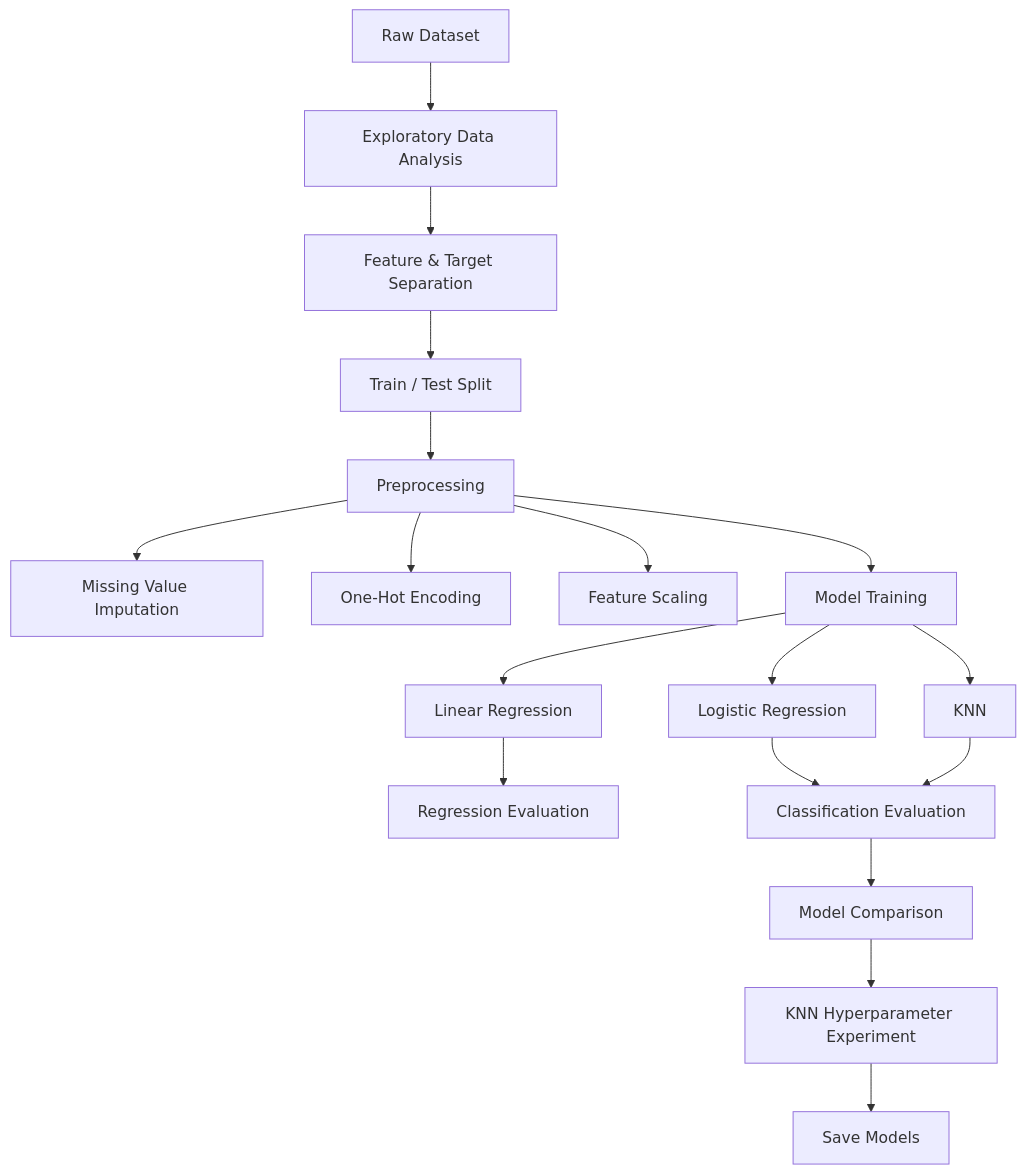
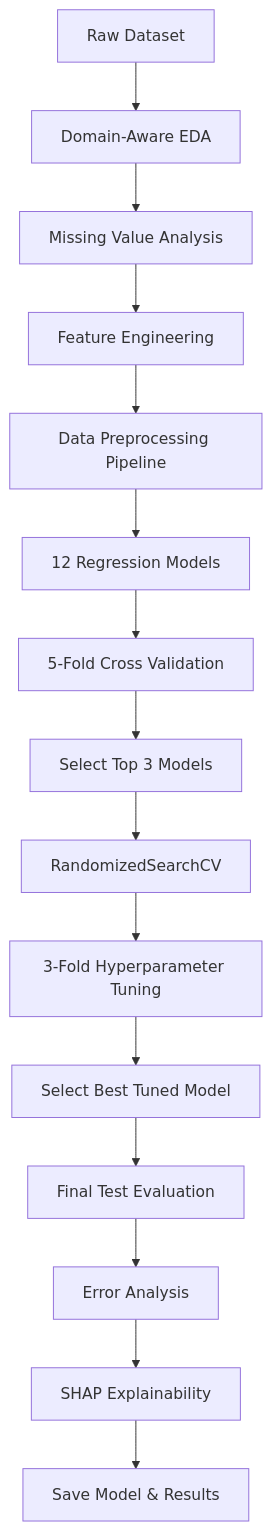
The diagram in README.md (esthermichelle/House-Price-ML), drawn with Mermaid before and after one commit. The commit also changed other lines of this file and 17 other files, not shown here.

`````diff
--- a/README.md
+++ b/README.md
@@ -50,26 +123,18 @@
 ```mermaid
 flowchart TD
-    A[Raw Dataset] --> B[Exploratory Data Analysis]
-    B --> C[Feature & Target Separation]
-    C --> D[Train / Test Split]
 
-    D --> E[Preprocessing]
-
-    E --> E1[Missing Value Imputation]
-    E --> E2[One-Hot Encoding]
-    E --> E3[Feature Scaling]
-
-    E --> F[Model Training]
-
-    F --> G[Linear Regression]
-    F --> H[Logistic Regression]
-    F --> I[KNN]
-
-    G --> J[Regression Evaluation]
-    H --> K[Classification Evaluation]
-    I --> K
-
-    K --> L[Model Comparison]
-    L --> M[KNN Hyperparameter Experiment]
-    M --> N[Save Models]
-```
+    A[Raw Dataset] --> B[Domain-Aware EDA]
+    B --> C[Missing Value Analysis]
+    C --> D[Feature Engineering]
+    D --> E[Data Preprocessing Pipeline]
+    E --> F[12 Regression Models]
+    F --> G[5-Fold Cross Validation]
+    G --> H[Select Top 3 Models]
+    H --> I[RandomizedSearchCV]
+    I --> J[3-Fold Hyperparameter Tuning]
+    J --> K[Select Best Tuned Model]
+    K --> L[Final Test Evaluation]
+    L --> M[Error Analysis]
+    M --> N[SHAP Explainability]
+    N --> O[Save Model & Results]
+````
`````
